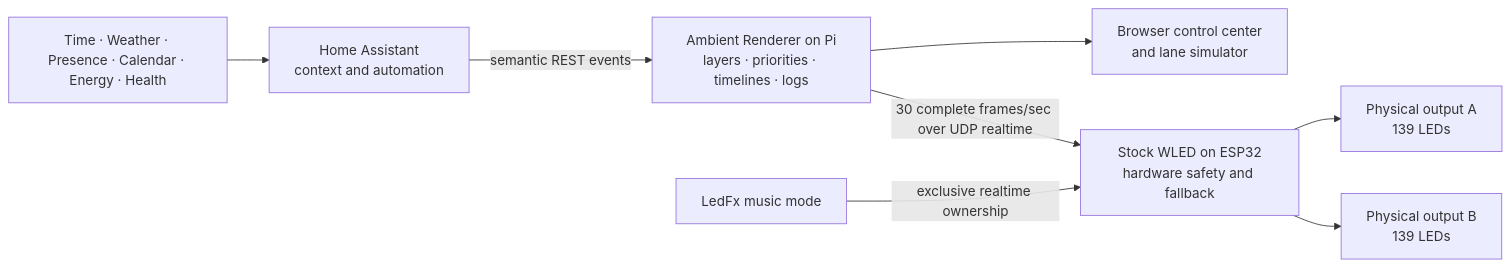
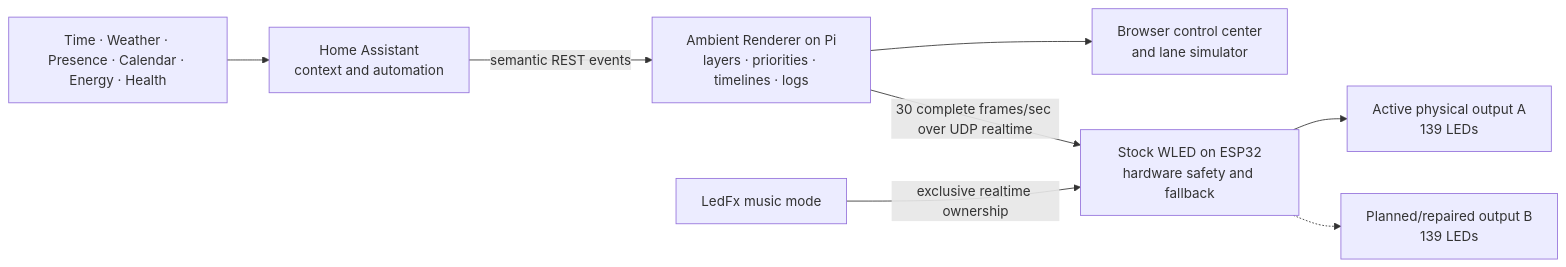
Before and after one commit to MichaelVoth/ambient-wled-display: the diagram in docs/architecture.md, drawn with Mermaid. The commit also changed other lines of this file and 10 other files, not shown here.

````diff
--- a/docs/architecture.md
+++ b/docs/architecture.md
@@ -8,10 +8,10 @@
 ```mermaid
 flowchart LR
   Context["Time · Weather · Presence · Calendar · Energy · Health"] --> HA["Home Assistant\ncontext and automation"]
   HA -->|"semantic REST events"| Renderer["Ambient Renderer on Pi\nlayers · priorities · timelines · logs"]
   Renderer --> Simulator["Browser control center\nand lane simulator"]
   Renderer -->|"30 complete frames/sec over UDP realtime"| WLED["Stock WLED on ESP32\nhardware safety and fallback"]
-  WLED --> A["Physical output A\n139 LEDs"]
-  WLED --> B["Physical output B\n139 LEDs"]
+  WLED --> A["Active physical output A\n139 LEDs"]
+  WLED -.-> B["Planned/repaired output B\n139 LEDs"]
   Music["LedFx music mode"] -->|"exclusive realtime ownership"| WLED
 ```
````
